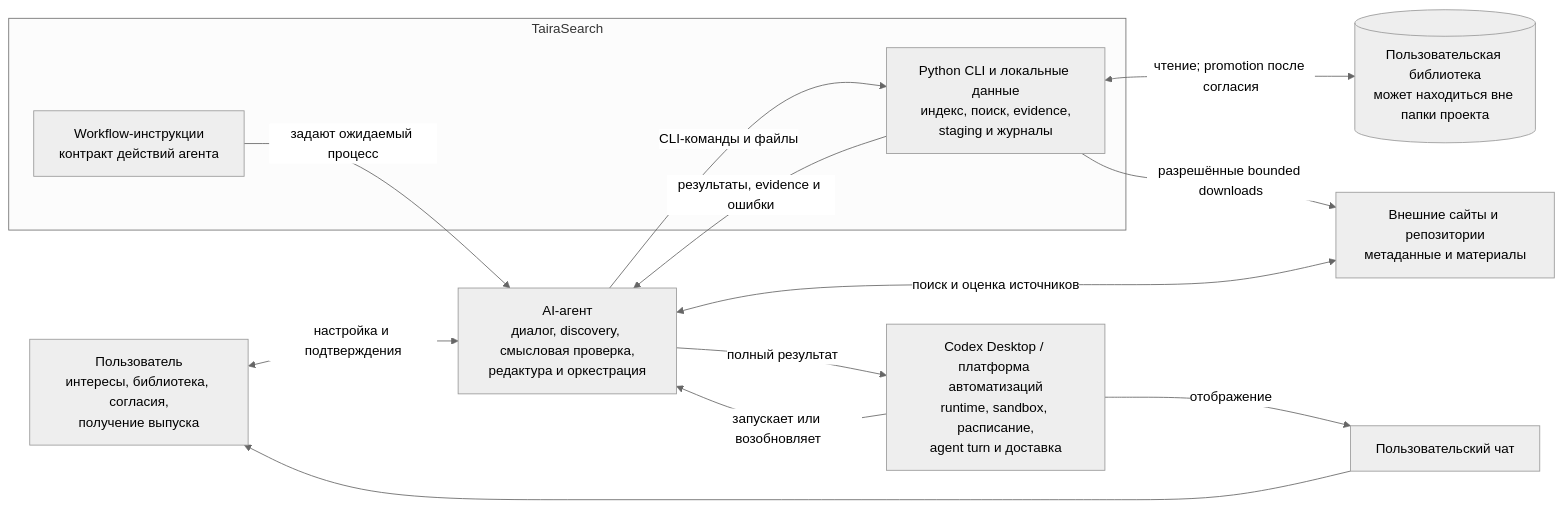
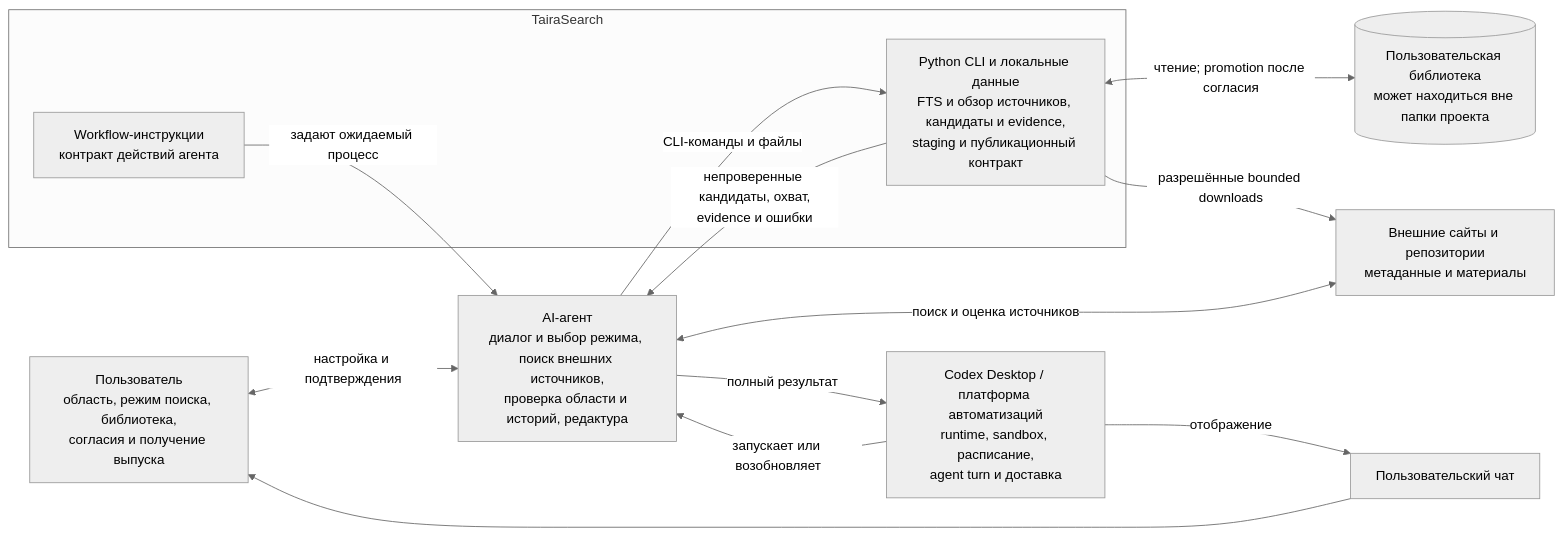
Before and after one commit to Shellyspike/TairaSearch: the first of 3 diagrams in docs/analysis/architecture.ru.md, drawn with Mermaid (neutral theme). The commit also changed other lines of this file and 24 other files, not shown here.

````diff
--- a/docs/analysis/architecture.ru.md
+++ b/docs/analysis/architecture.ru.md
@@ -33,26 +39,26 @@
 ```mermaid
 flowchart LR
-    user["Пользователь<br/>интересы, библиотека, согласия,<br/>получение выпуска"]
-    agent["AI-агент<br/>диалог, discovery, смысловая проверка,<br/>редактура и оркестрация"]
+    user["Пользователь<br/>область, режим поиска, библиотека,<br/>согласия и получение выпуска"]
+    agent["AI-агент<br/>диалог и выбор режима, поиск внешних источников,<br/>проверка области и историй, редактура"]
     platform["Codex Desktop / платформа автоматизаций<br/>runtime, sandbox, расписание,<br/>agent turn и доставка"]
     sources["Внешние сайты и репозитории<br/>метаданные и материалы"]
     corpus[("Пользовательская библиотека<br/>может находиться вне папки проекта")]
     chat["Пользовательский чат"]
 
     subgraph tairasearch["TairaSearch"]
-        core["Python CLI и локальные данные<br/>индекс, поиск, evidence,<br/>staging и журналы"]
+        core["Python CLI и локальные данные<br/>FTS и обзор источников, кандидаты и evidence,<br/>staging и публикационный контракт"]
         workflows["Workflow-инструкции<br/>контракт действий агента"]
     end
 
     user <-->|"настройка и подтверждения"| agent
     platform -->|"запускает или возобновляет"| agent
     workflows -->|"задают ожидаемый процесс"| agent
     agent -->|"CLI-команды и файлы"| core
-    core -->|"результаты, evidence и ошибки"| agent
+    core -->|"непроверенные кандидаты, охват,<br/>evidence и ошибки"| agent
     core <-->|"чтение; promotion после согласия"| corpus
     agent <-->|"поиск и оценка источников"| sources
     core -->|"разрешённые bounded downloads"| sources
     agent -->|"полный результат"| platform
     platform -->|"отображение"| chat
     chat --> user
 ```
````
